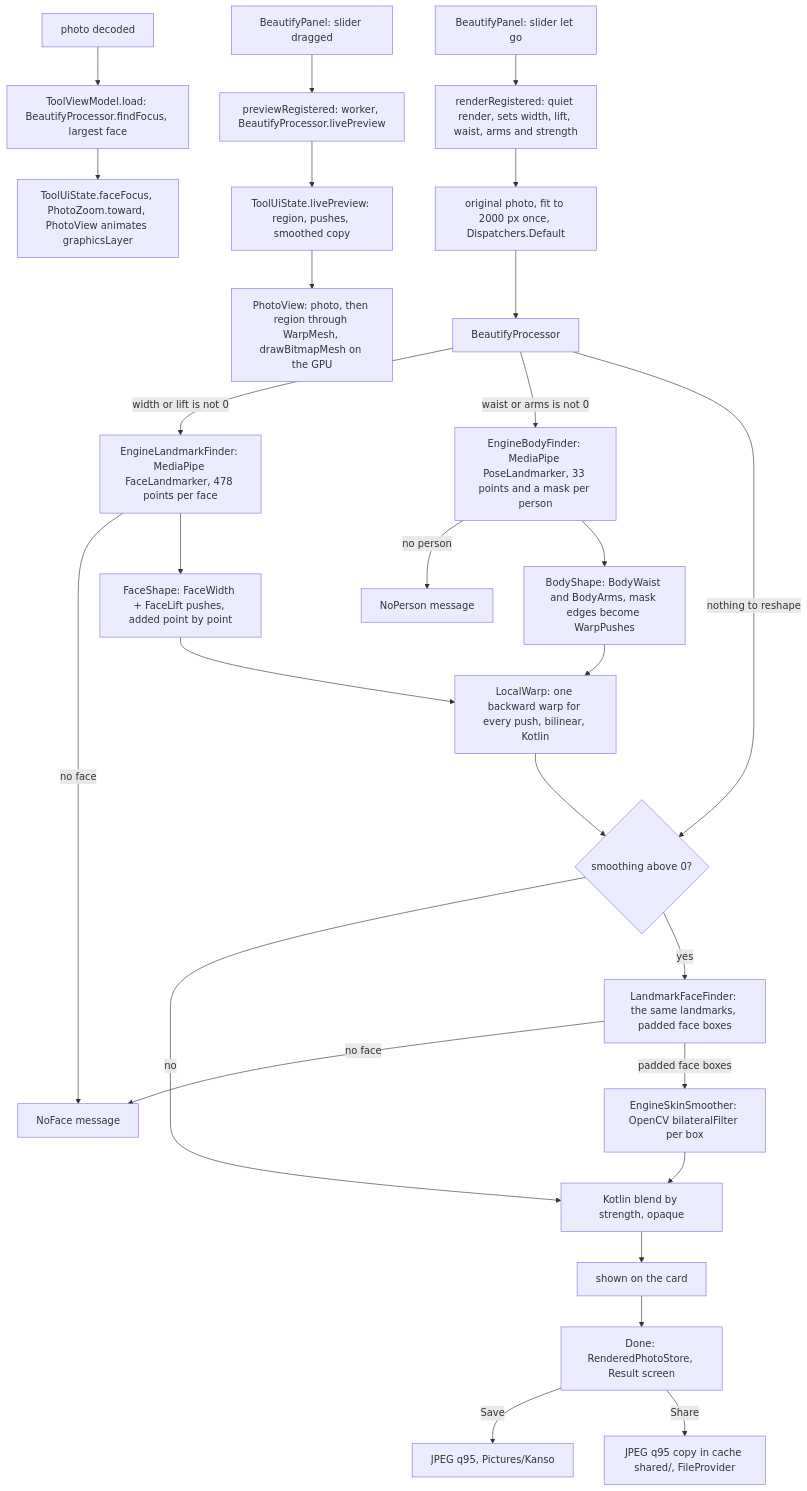
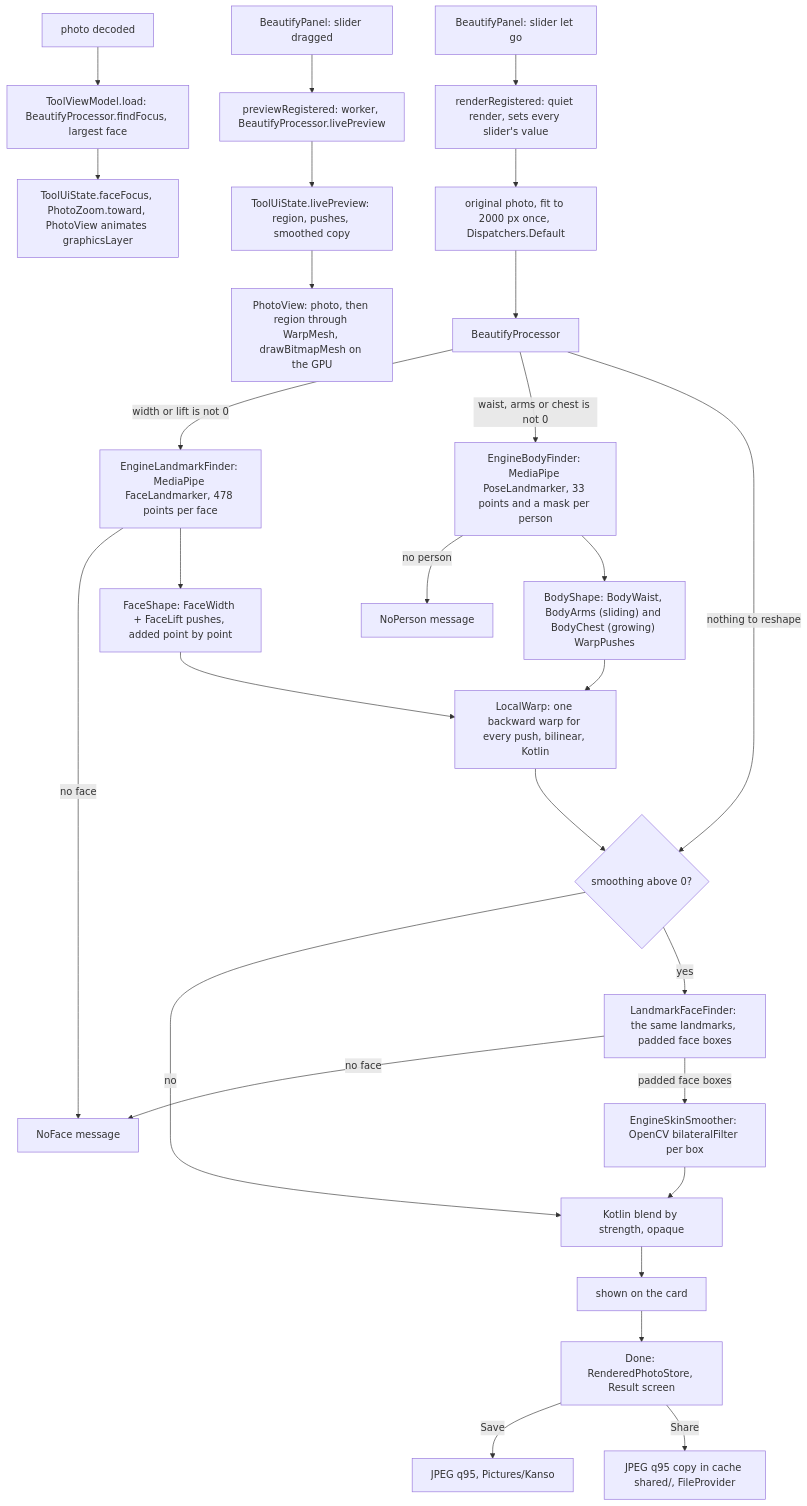
One commit to Phong-Kaster/Kanso changed the diagram in docs/features/beautify.md. Above: the diagram before and after it, drawn with Mermaid. The commit also changed other lines of this file and 20 other files, not shown here.

First line of the commit message:
feat(beautify): Body > Chest, a growing warp for a fuller or flatter bust

````diff
--- a/docs/features/beautify.md
+++ b/docs/features/beautify.md
@@ -129,30 +136,30 @@
 ```mermaid
 flowchart TD
     Z["photo decoded"] --> Z1["ToolViewModel.load: BeautifyProcessor.findFocus, largest face"]
     Z1 --> Z2["ToolUiState.faceFocus, PhotoZoom.toward, PhotoView animates graphicsLayer"]
     P["BeautifyPanel: slider dragged"] --> P1["previewRegistered: worker, BeautifyProcessor.livePreview"]
     P1 --> P2["ToolUiState.livePreview: region, pushes, smoothed copy"]
     P2 --> P3["PhotoView: photo, then region through WarpMesh, drawBitmapMesh on the GPU"]
-    A["BeautifyPanel: slider let go"] --> B["renderRegistered: quiet render, sets width, lift, waist, arms and strength"]
+    A["BeautifyPanel: slider let go"] --> B["renderRegistered: quiet render, sets every slider's value"]
     B --> C["original photo, fit to 2000 px once, Dispatchers.Default"]
     C --> D["BeautifyProcessor"]
     D -->|"width or lift is not 0"| W1["EngineLandmarkFinder: MediaPipe FaceLandmarker, 478 points per face"]
     W1 -->|"no face"| N
     W1 --> W2["FaceShape: FaceWidth + FaceLift pushes, added point by point"]
-    D -->|"waist or arms is not 0"| B1["EngineBodyFinder: MediaPipe PoseLandmarker, 33 points and a mask per person"]
+    D -->|"waist, arms or chest is not 0"| B1["EngineBodyFinder: MediaPipe PoseLandmarker, 33 points and a mask per person"]
     B1 -->|"no person"| NP["NoPerson message"]
-    B1 --> B2["BodyShape: BodyWaist and BodyArms, mask edges become WarpPushes"]
+    B1 --> B2["BodyShape: BodyWaist, BodyArms (sliding) and BodyChest (growing) WarpPushes"]
     W2 --> W3["LocalWarp: one backward warp for every push, bilinear, Kotlin"]
     B2 --> W3
     D -->|"nothing to reshape"| S0
     W3 --> S0{"smoothing above 0?"}
     S0 -->|"no"| G
     S0 -->|"yes"| E["LandmarkFaceFinder: the same landmarks, padded face boxes"]
     E -->|"no face"| N["NoFace message"]
     E -->|"padded face boxes"| F["EngineSkinSmoother: OpenCV bilateralFilter per box"]
     F --> G["Kotlin blend by strength, opaque"]
     G --> I["shown on the card"]
     I --> K["Done: RenderedPhotoStore, Result screen"]
     K -->|Save| H["JPEG q95, Pictures/Kanso"]
     K -->|Share| L["JPEG q95 copy in cache shared/, FileProvider"]
 ```
````
